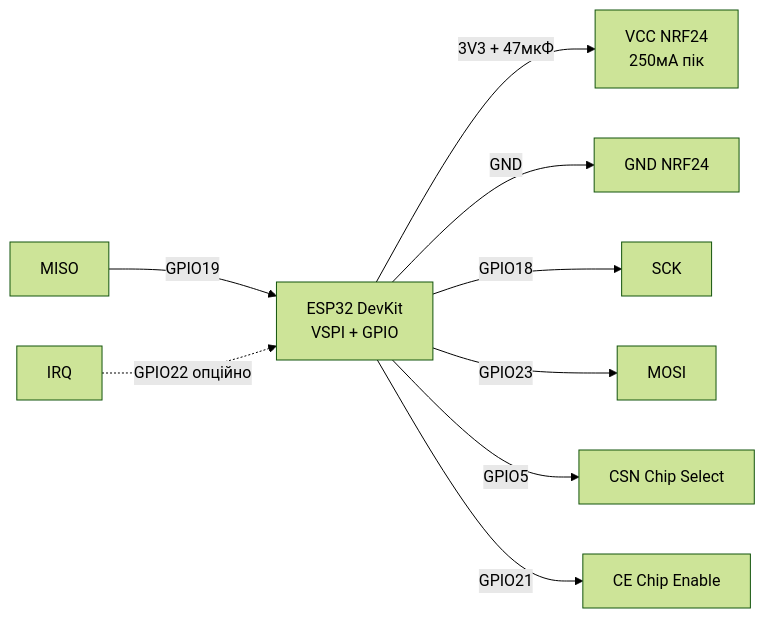
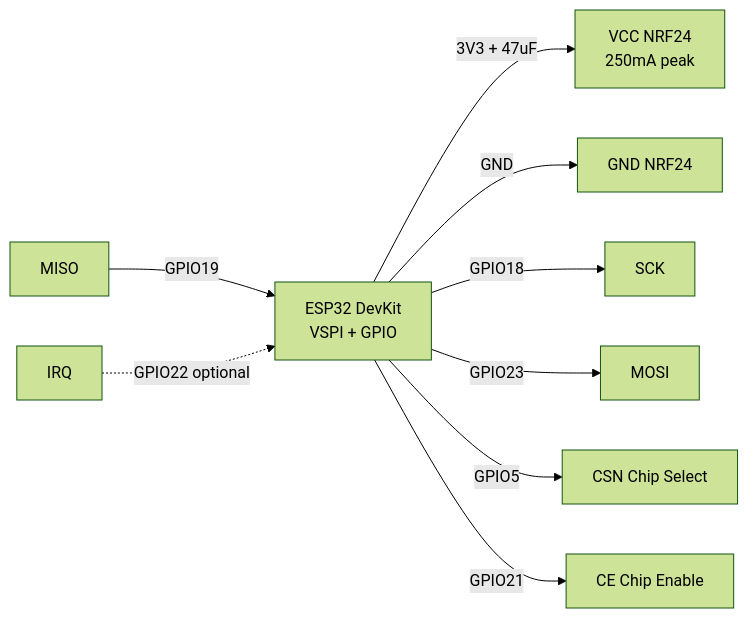
One commit to ksalab/embedded-reference changed the first of 2 diagrams in obsidian_vault/ESP32-Reference/EN/12-Comm-Modules/02-NRF24-LoRa.en.md. Above: the diagram before and after it, drawn with Mermaid (forest theme). The commit also changed other lines of this file and 76 other files, not shown here.

````diff
--- a/obsidian_vault/ESP32-Reference/EN/12-Comm-Modules/02-NRF24-LoRa.en.md
+++ b/obsidian_vault/ESP32-Reference/EN/12-Comm-Modules/02-NRF24-LoRa.en.md
@@ -95,11 +95,11 @@
 ```mermaid
 graph LR
-    ESP32[ESP32 DevKit<br/>VSPI + GPIO] -->|3V3 + 47мкФ| VCC[VCC NRF24<br/>250мА пік]
+    ESP32[ESP32 DevKit<br/>VSPI + GPIO] -->|3V3 + 47uF| VCC[VCC NRF24<br/>250mA peak]
     ESP32 -->|GND| GNDM[GND NRF24]
     ESP32 -->|GPIO18| SCK[SCK]
     ESP32 -->|GPIO23| MOSI[MOSI]
     MISO[MISO] -->|GPIO19| ESP32
     ESP32 -->|GPIO5| CSN[CSN Chip Select]
     ESP32 -->|GPIO21| CE[CE Chip Enable]
-    IRQ[IRQ] -.->|GPIO22 опційно| ESP32
+    IRQ[IRQ] -.->|GPIO22 optional| ESP32
 ```
````
